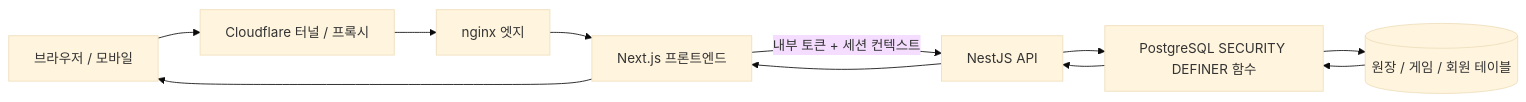
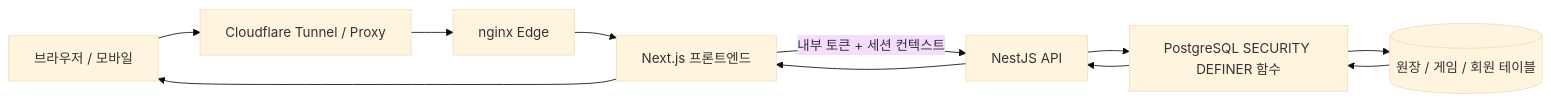
The second of 3 diagrams in README/README.auto.ko.md (wtrdd1-hash/Woldeok-Moneyverse-Migration), drawn with Mermaid (base theme) before and after one commit. The commit also changed other lines of this file, not shown here.

````diff
--- a/README/README.auto.ko.md
+++ b/README/README.auto.ko.md
@@ -111,13 +109,13 @@
 ```mermaid
 flowchart LR
-    U[브라우저 / 모바일] --> CF[Cloudflare 터널 / 프록시]
-    CF --> E[nginx 엣지]
+    U[브라우저 / 모바일] --> CF[Cloudflare Tunnel / Proxy]
+    CF --> E[nginx Edge]
     E --> FE[Next.js 프론트엔드]
     FE -->|내부 토큰 + 세션 컨텍스트| API[NestJS API]
     API --> FN[PostgreSQL SECURITY DEFINER 함수]
     FN --> DB[(원장 / 게임 / 회원 테이블)]
     DB --> FN
     FN --> API
     API --> FE
     FE --> U
 ```
````
